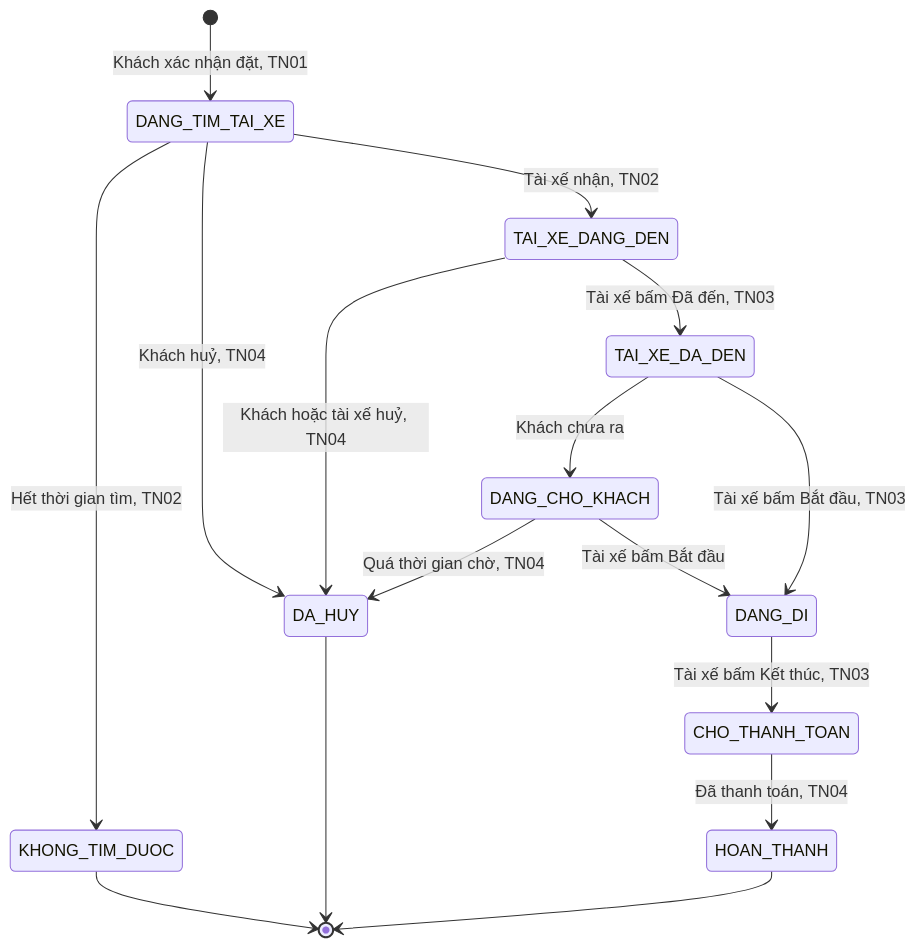
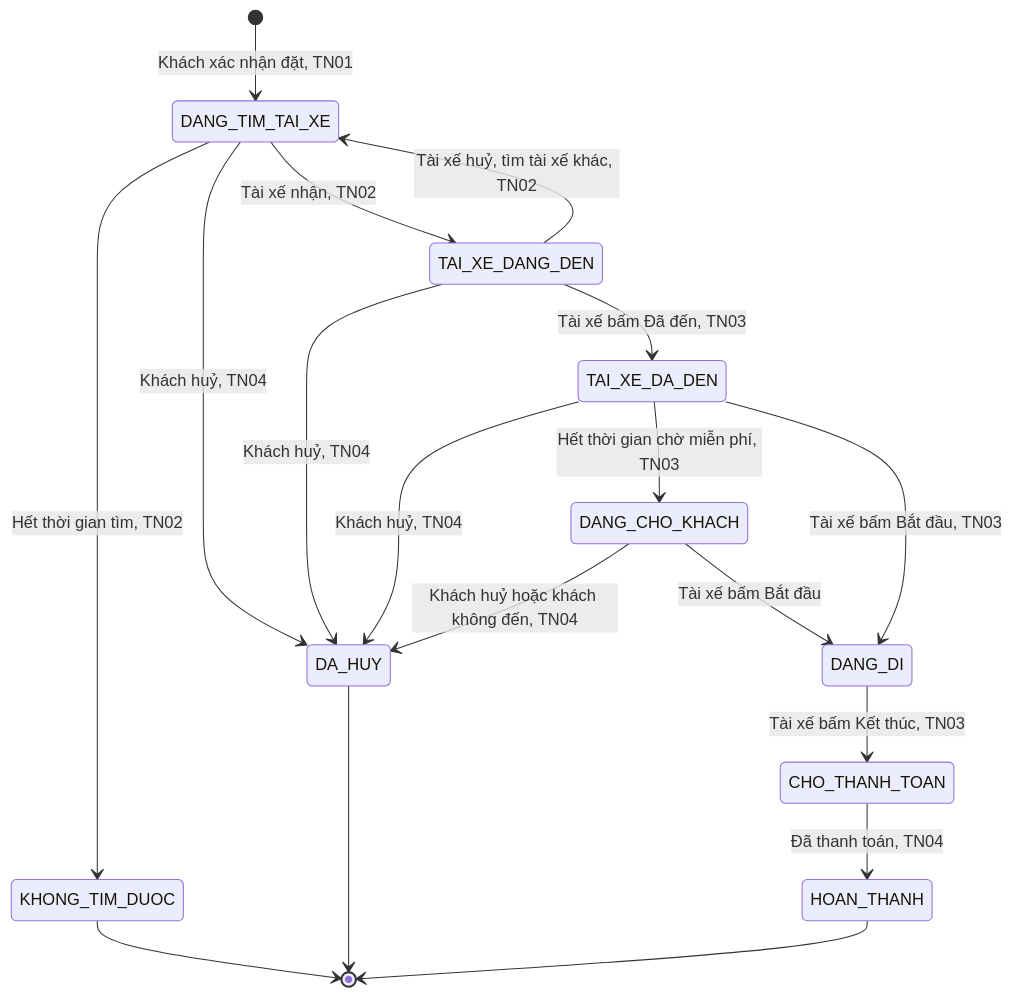
One commit to uxfoundation-vn/de04-dat-xe-cong-nghe changed the first of 2 diagrams in README.md. Above: the diagram before and after it, drawn with Mermaid. The commit also changed other lines of this file and 3 other files, not shown here.

````diff
--- a/README.md
+++ b/README.md
@@ -20,18 +20,20 @@
 ```mermaid
 stateDiagram-v2
   [*] --> DANG_TIM_TAI_XE : Khách xác nhận đặt, TN01
   DANG_TIM_TAI_XE --> TAI_XE_DANG_DEN : Tài xế nhận, TN02
   DANG_TIM_TAI_XE --> KHONG_TIM_DUOC : Hết thời gian tìm, TN02
   DANG_TIM_TAI_XE --> DA_HUY : Khách huỷ, TN04
   TAI_XE_DANG_DEN --> TAI_XE_DA_DEN : Tài xế bấm Đã đến, TN03
-  TAI_XE_DANG_DEN --> DA_HUY : Khách hoặc tài xế huỷ, TN04
-  TAI_XE_DA_DEN --> DANG_CHO_KHACH : Khách chưa ra
+  TAI_XE_DANG_DEN --> DANG_TIM_TAI_XE : Tài xế huỷ, tìm tài xế khác, TN02
+  TAI_XE_DANG_DEN --> DA_HUY : Khách huỷ, TN04
+  TAI_XE_DA_DEN --> DA_HUY : Khách huỷ, TN04
+  TAI_XE_DA_DEN --> DANG_CHO_KHACH : Hết thời gian chờ miễn phí, TN03
   DANG_CHO_KHACH --> DANG_DI : Tài xế bấm Bắt đầu
   TAI_XE_DA_DEN --> DANG_DI : Tài xế bấm Bắt đầu, TN03
-  DANG_CHO_KHACH --> DA_HUY : Quá thời gian chờ, TN04
+  DANG_CHO_KHACH --> DA_HUY : Khách huỷ hoặc khách không đến, TN04
   DANG_DI --> CHO_THANH_TOAN : Tài xế bấm Kết thúc, TN03
   CHO_THANH_TOAN --> HOAN_THANH : Đã thanh toán, TN04
   KHONG_TIM_DUOC --> [*]
   DA_HUY --> [*]
   HOAN_THANH --> [*]
 ```
````
